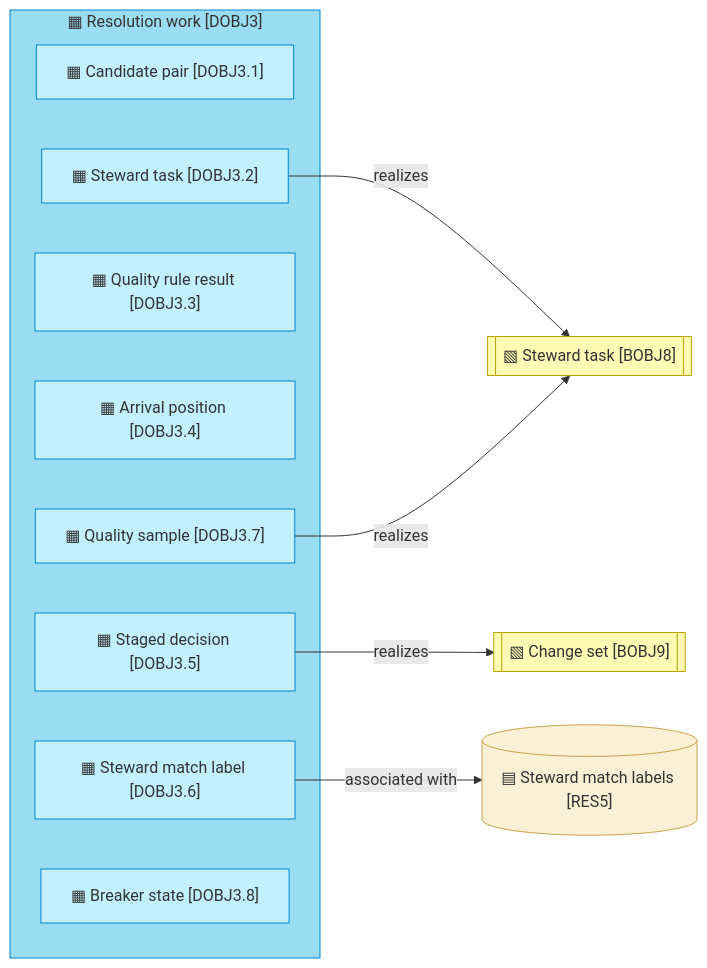
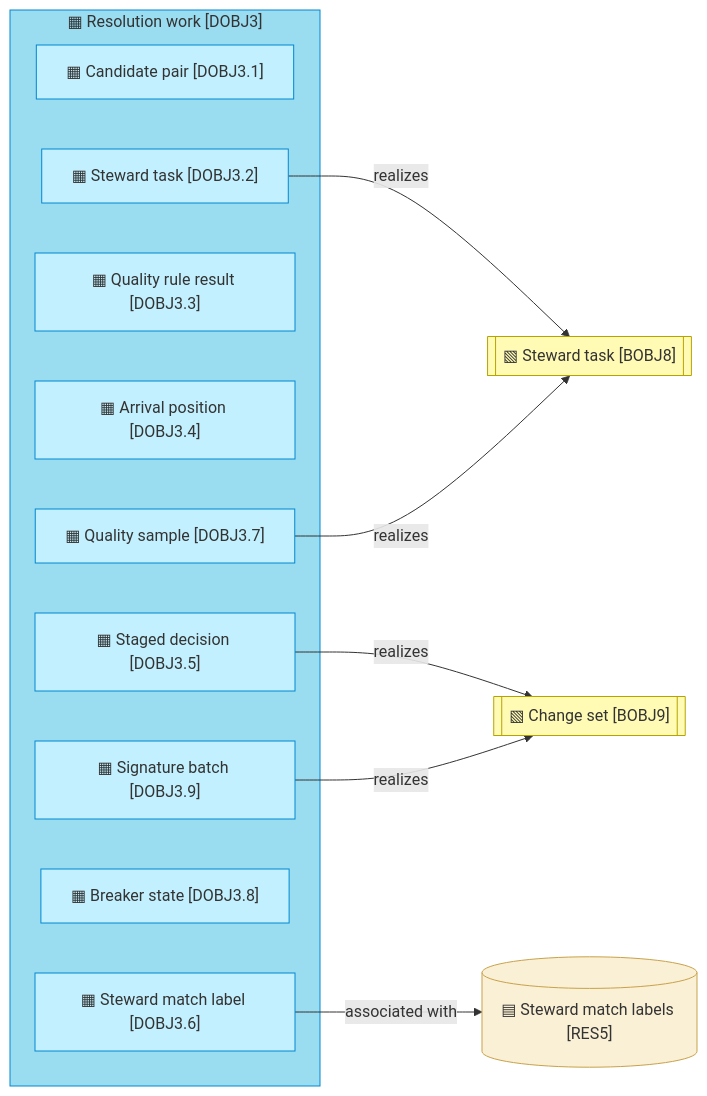
One commit to roanboc/dbx-master-data-manager changed the third of 5 diagrams in architecture/3_information/2_data-objects.md. Above: the diagram before and after it, drawn with Mermaid. The commit also changed other lines of this file and 28 other files, not shown here.

````diff
--- a/architecture/3_information/2_data-objects.md
+++ b/architecture/3_information/2_data-objects.md
@@ -75,26 +75,28 @@
 ```mermaid
 flowchart LR
   subgraph dobj3["▦ Resolution work [DOBJ3]"]
     dobj3_1["▦ Candidate pair [DOBJ3.1]"]:::object
     dobj3_2["▦ Steward task [DOBJ3.2]"]:::object
     dobj3_3["▦ Quality rule result [DOBJ3.3]"]:::object
     dobj3_4["▦ Arrival position [DOBJ3.4]"]:::object
     dobj3_5["▦ Staged decision [DOBJ3.5]"]:::object
     dobj3_6["▦ Steward match label [DOBJ3.6]"]:::object
     dobj3_7["▦ Quality sample [DOBJ3.7]"]:::object
     dobj3_8["▦ Breaker state [DOBJ3.8]"]:::object
+    dobj3_9["▦ Signature batch [DOBJ3.9]"]:::object
   end
   bobj8[["▧ Steward task [BOBJ8]"]]:::business
   bobj9[["▧ Change set [BOBJ9]"]]:::business
   res5[("▤ Steward match labels [RES5]")]:::resource
 
   dobj3_2 -->|realizes| bobj8
   dobj3_7 -->|realizes| bobj8
   dobj3_5 -->|realizes| bobj9
+  dobj3_9 -->|realizes| bobj9
   dobj3_6 -->|associated with| res5
 
   classDef object fill:#c2f0ff,stroke:#0288d1,color:#333
   classDef business fill:#fffbb5,stroke:#b8a200,color:#333
   classDef resource fill:#faf0d5,stroke:#c8a24a,color:#333
   style dobj3 fill:#9adcf0,stroke:#0288d1,color:#333
 ```
````
